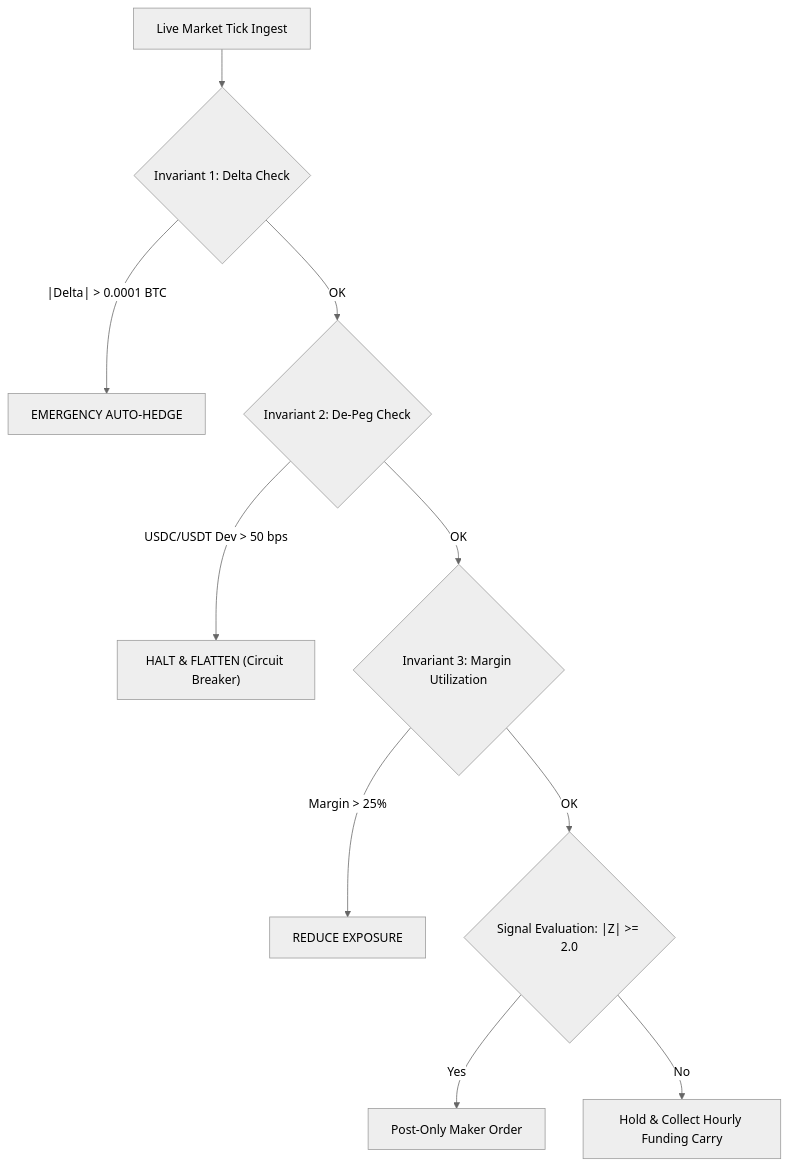
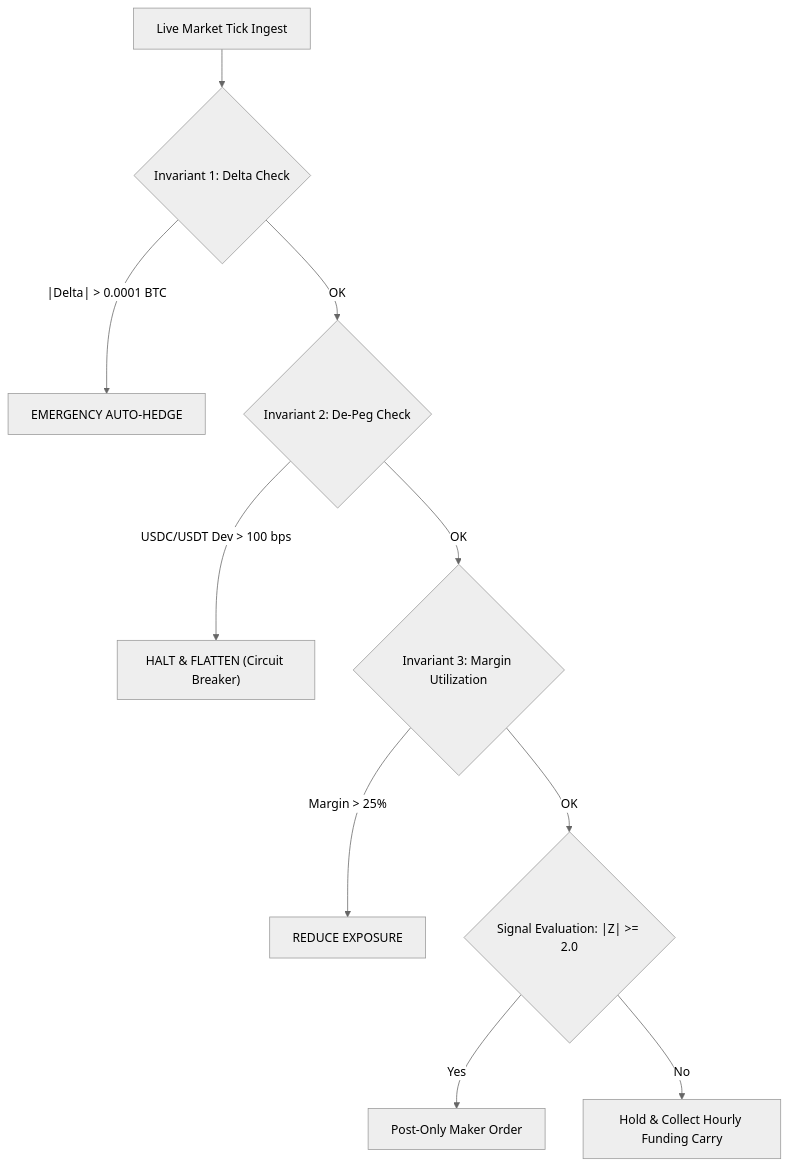
Before and after one commit to VaclavSercl/ai-trader-strategy: the diagram in strategies/paper-trading/T15-mica-cross-basis/README.md, drawn with Mermaid (neutral theme). The commit also changed other lines of this file and 11 other files, not shown here.

Commit message:
config(risk): adjust stablecoin de-peg circuit breaker threshold to 100 bps (1.00%)

````diff
--- a/strategies/paper-trading/T15-mica-cross-basis/README.md
+++ b/strategies/paper-trading/T15-mica-cross-basis/README.md
@@ -119,12 +119,12 @@
 ```mermaid
 graph TD
     A["Live Market Tick Ingest"] --> B{"Invariant 1: Delta Check"}
     B -- "|Delta| > 0.0001 BTC" --> H1["EMERGENCY AUTO-HEDGE"]
     B -- "OK" --> C{"Invariant 2: De-Peg Check"}
-    C -- "USDC/USDT Dev > 50 bps" --> H2["HALT & FLATTEN (Circuit Breaker)"]
+    C -- "USDC/USDT Dev > 100 bps" --> H2["HALT & FLATTEN (Circuit Breaker)"]
     C -- "OK" --> D{"Invariant 3: Margin Utilization"}
     D -- "Margin > 25%" --> H3["REDUCE EXPOSURE"]
     D -- "OK" --> E{"Signal Evaluation: |Z| >= 2.0"}
     E -- "Yes" --> F["Post-Only Maker Order"]
     E -- "No" --> G["Hold & Collect Hourly Funding Carry"]
 ```
````
